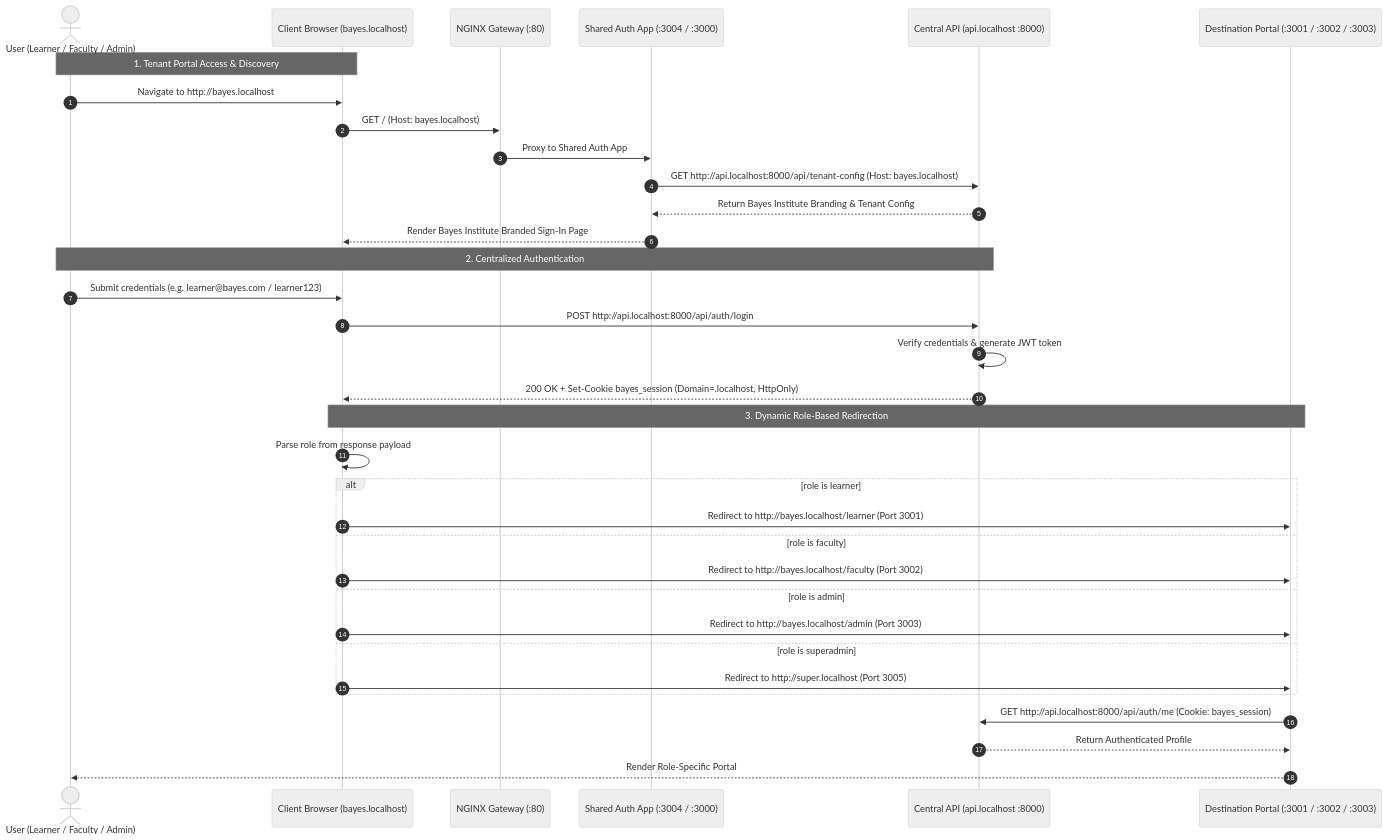
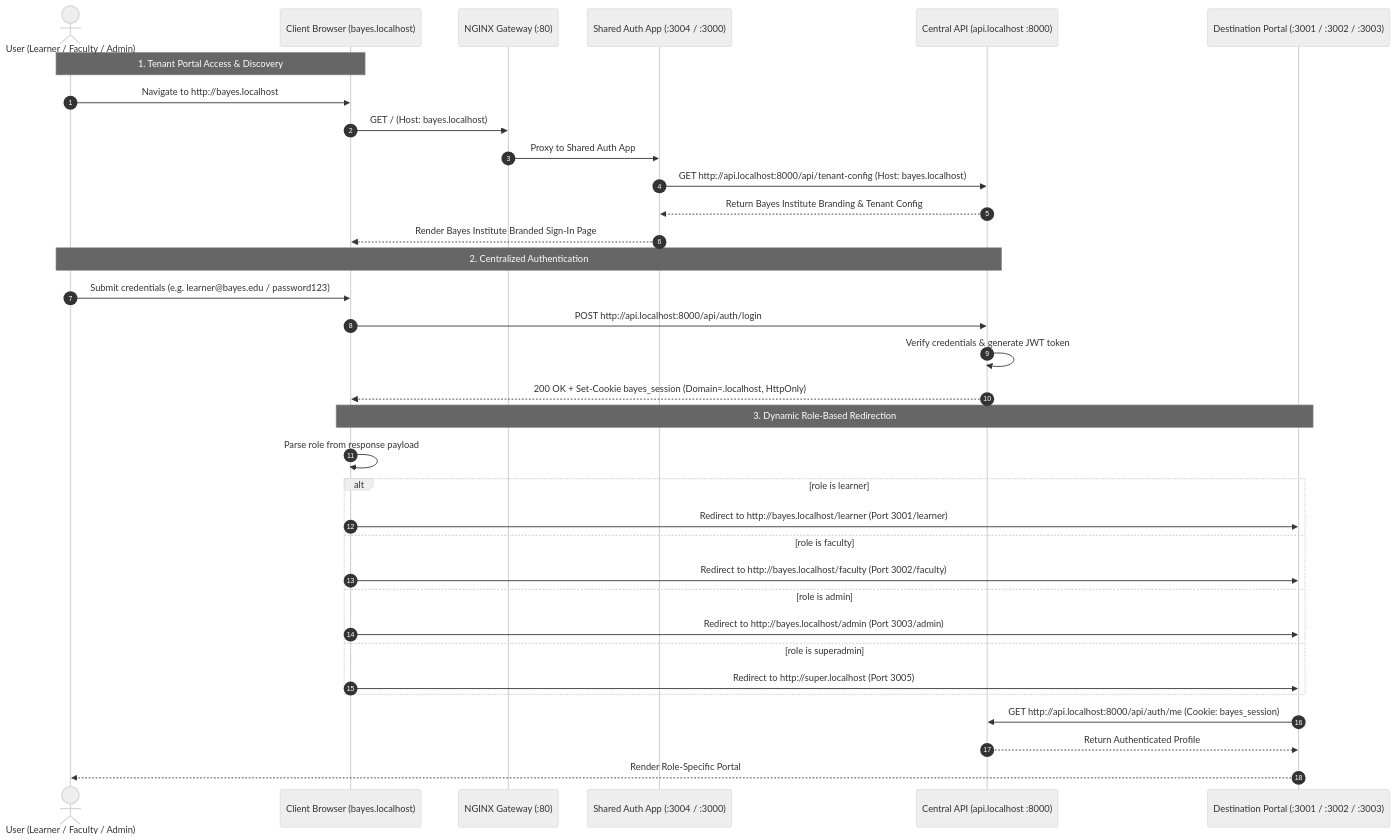
Before and after one commit to bayesstack/bayesstack: the diagram in apps/auth/img/auth-flow.mmd, drawn with Mermaid (neutral theme). The commit also changed 13 other files, not shown here.

Commit message:
fix(auth): update sample logins to @bayes.edu/password123, configure next basePath for portals, and add role welcome banners

```diff
--- a/apps/auth/img/auth-flow.mmd
+++ b/apps/auth/img/auth-flow.mmd
@@ -1,37 +1,37 @@
 sequenceDiagram
     autonumber
     actor User as User (Learner / Faculty / Admin)
     participant Browser as Client Browser (bayes.localhost)
     participant Nginx as NGINX Gateway (:80)
     participant AuthApp as Shared Auth App (:3004 / :3000)
     participant Api as Central API (api.localhost :8000)
     participant Portal as Destination Portal (:3001 / :3002 / :3003)
 
     Note over User,Browser: 1. Tenant Portal Access & Discovery
     User->>Browser: Navigate to http://bayes.localhost
     Browser->>Nginx: GET / (Host: bayes.localhost)
     Nginx->>AuthApp: Proxy to Shared Auth App
     AuthApp->>Api: GET http://api.localhost:8000/api/tenant-config (Host: bayes.localhost)
     Api-->>AuthApp: Return Bayes Institute Branding & Tenant Config
     AuthApp-->>Browser: Render Bayes Institute Branded Sign-In Page
 
     Note over User,Api: 2. Centralized Authentication
-    User->>Browser: Submit credentials (e.g. learner@bayes.com / learner123)
+    User->>Browser: Submit credentials (e.g. learner@bayes.edu / password123)
     Browser->>Api: POST http://api.localhost:8000/api/auth/login
     Api->>Api: Verify credentials & generate JWT token
     Api-->>Browser: 200 OK + Set-Cookie bayes_session (Domain=.localhost, HttpOnly)
 
     Note over Browser,Portal: 3. Dynamic Role-Based Redirection
     Browser->>Browser: Parse role from response payload
     alt role is learner
-        Browser->>Portal: Redirect to http://bayes.localhost/learner (Port 3001)
+        Browser->>Portal: Redirect to http://bayes.localhost/learner (Port 3001/learner)
     else role is faculty
-        Browser->>Portal: Redirect to http://bayes.localhost/faculty (Port 3002)
+        Browser->>Portal: Redirect to http://bayes.localhost/faculty (Port 3002/faculty)
     else role is admin
-        Browser->>Portal: Redirect to http://bayes.localhost/admin (Port 3003)
+        Browser->>Portal: Redirect to http://bayes.localhost/admin (Port 3003/admin)
     else role is superadmin
         Browser->>Portal: Redirect to http://super.localhost (Port 3005)
     end
     Portal->>Api: GET http://api.localhost:8000/api/auth/me (Cookie: bayes_session)
     Api-->>Portal: Return Authenticated Profile
     Portal-->>User: Render Role-Specific Portal
```
